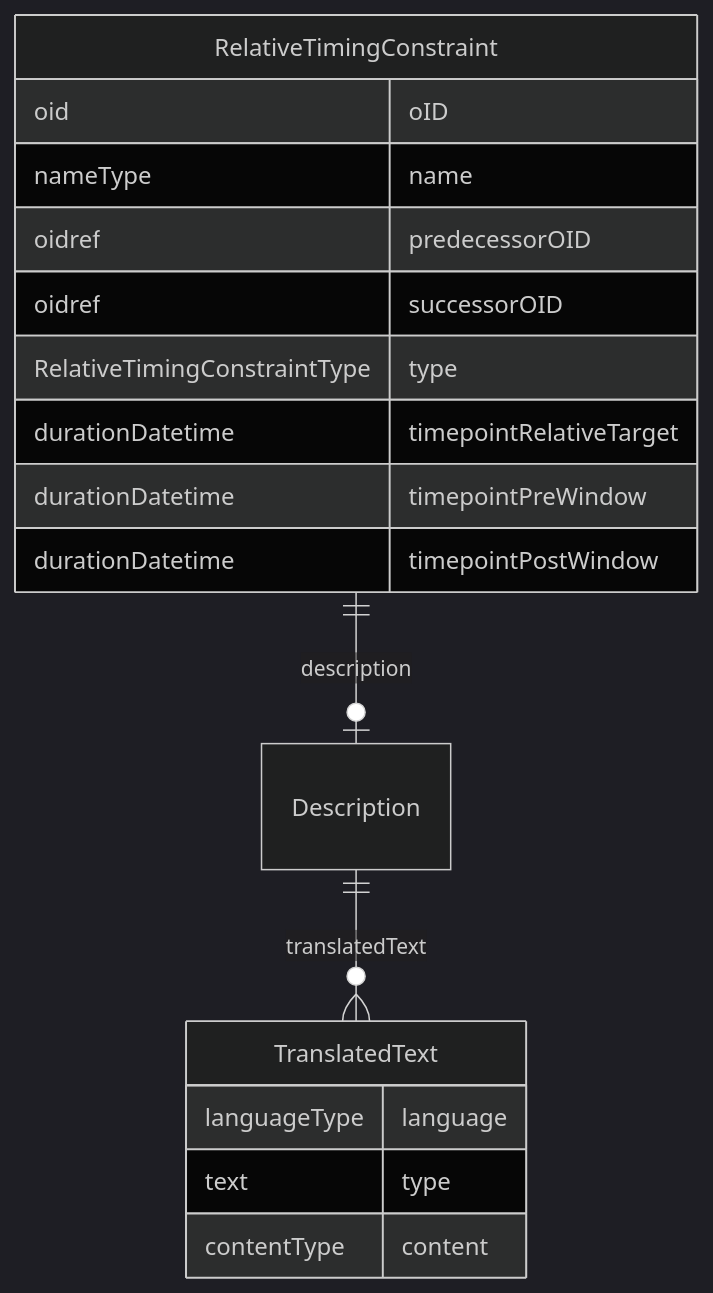
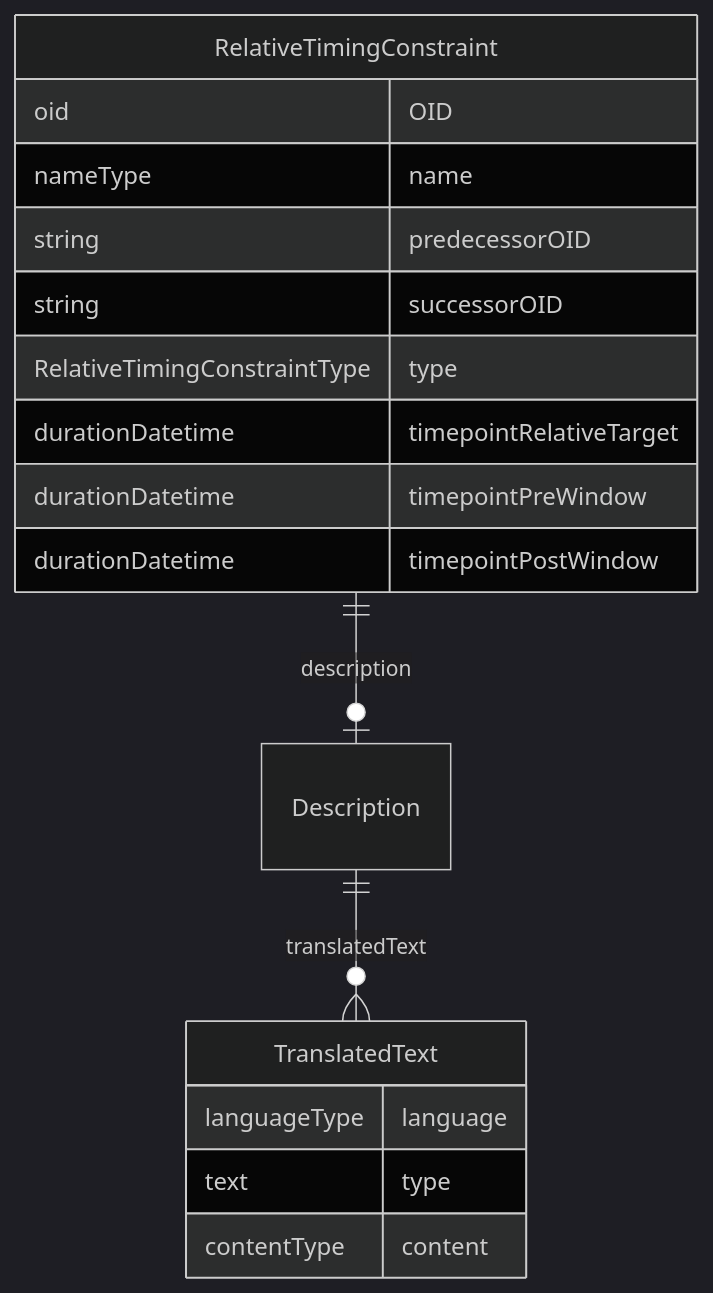
One commit to cdisc-org/DataExchange-ODM-LinkML changed the diagram in docs/RelativeTimingConstraint.md. Above: the diagram before and after it, drawn with Mermaid (dark theme). The commit also changed other lines of this file and 338 other files, not shown here.

````diff
--- a/docs/RelativeTimingConstraint.md
+++ b/docs/RelativeTimingConstraint.md
@@ -11,25 +11,25 @@
 ```mermaid
 erDiagram
 RelativeTimingConstraint {
-    oid oID  
+    oid OID  
     nameType name  
-    oidref predecessorOID  
-    oidref successorOID  
+    string predecessorOID  
+    string successorOID  
     RelativeTimingConstraintType type  
     durationDatetime timepointRelativeTarget  
     durationDatetime timepointPreWindow  
     durationDatetime timepointPostWindow  
 }
 Description {
 
 }
 TranslatedText {
     languageType language  
     text type  
     contentType content  
 }
 
 RelativeTimingConstraint ||--|o Description : "description"
 Description ||--}o TranslatedText : "translatedText"
 
 ```
````
